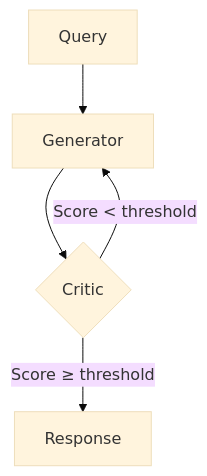
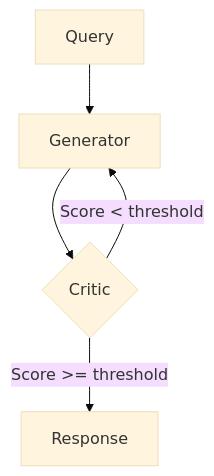
Before and after one commit to HELLOMEDHIRA/agloom: the third of 3 diagrams in docs/concepts/patterns.md, drawn with Mermaid (base theme). The commit also changed 1 other file, not shown here.

Commit message:
fix: resolve broken logo and Mermaid syntax errors in docs
- Switch docs logo/favicon from SVG to PNG for reliable rendering
- Fix SVG bug (duplicate y2 attribute)
- Copy PNG to docs/assets/ for MkDocs
- Rename why-agentloom.md to why-agloom.md (filename mismatch causing 404)
- Fix Mermaid diagrams: quote subgraph IDs, replace unicode arrows
- README uses PNG with raw GitHub URL for PyPI support

````diff
--- a/docs/concepts/patterns.md
+++ b/docs/concepts/patterns.md
@@ -103,7 +103,7 @@
 ```mermaid
 flowchart TD
     Q[Query] --> G[Generator]
     G --> C{Critic}
     C -->|Score < threshold| G
-    C -->|Score ≥ threshold| R[Response]
+    C -->|Score >= threshold| R[Response]
 ```
````
